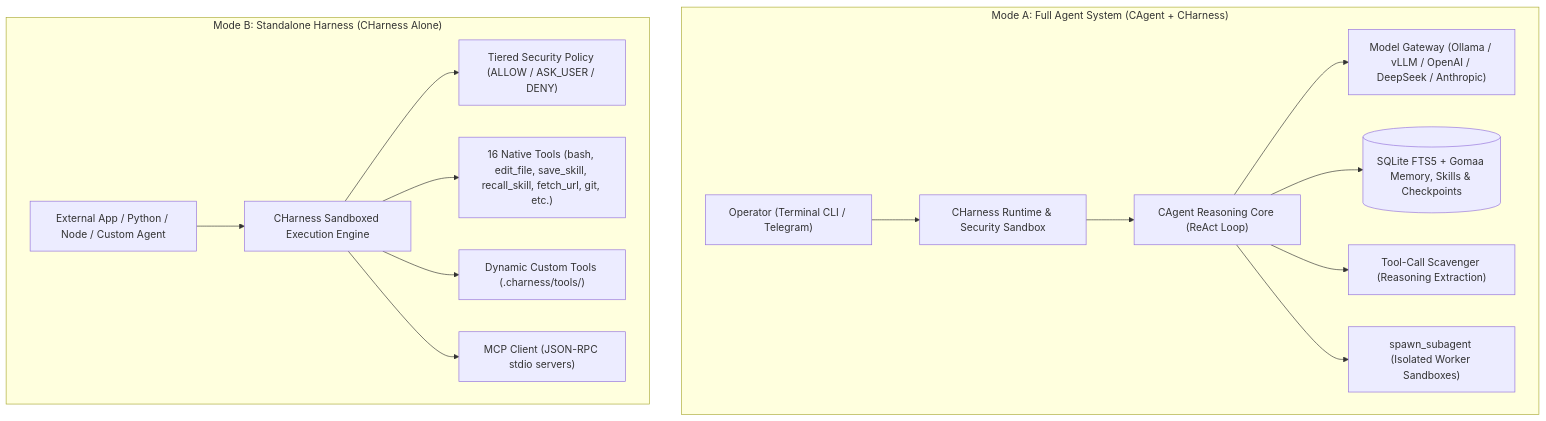
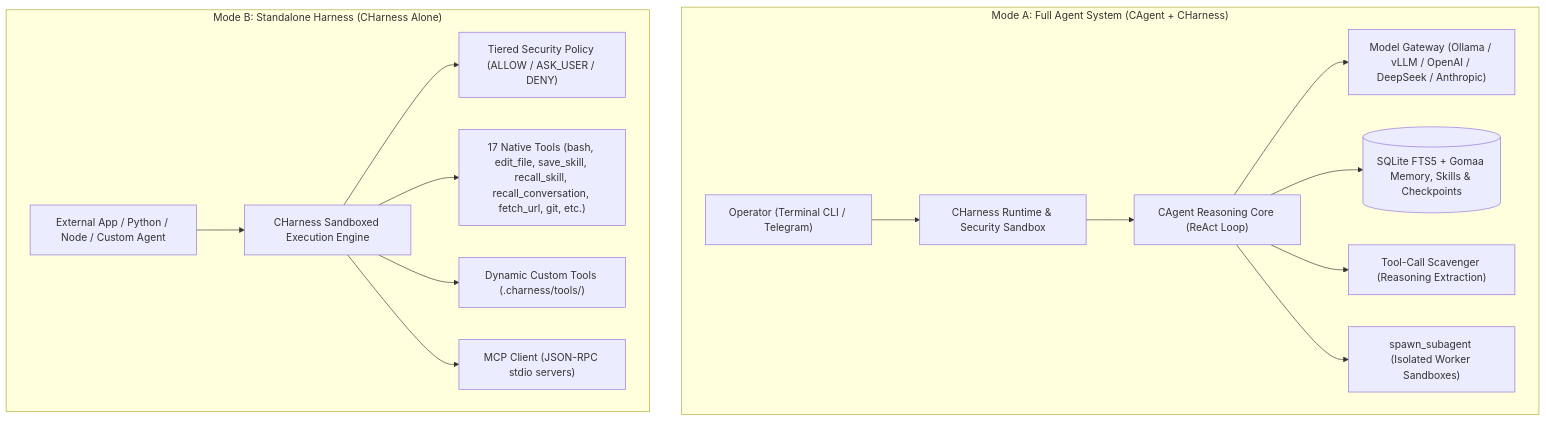
Before and after one commit to M4F-S/Belya: the first of 2 diagrams in README.md, drawn with Mermaid. The commit also changed other lines of this file and 4 other files, not shown here.

Commit message:
feat(evolution-4.1): multi-method REST fetch_url, cross-session conversation search (Tool 17), and 16/16 tests passing

````diff
--- a/README.md
+++ b/README.md
@@ -16,19 +16,19 @@
 ```mermaid
 graph TD
     subgraph "Mode A: Full Agent System (CAgent + CHarness)"
         User["Operator (Terminal CLI / Telegram)"] --> H["CHarness Runtime & Security Sandbox"]
         H --> A["CAgent Reasoning Core (ReAct Loop)"]
         A --> GW["Model Gateway (Ollama / vLLM / OpenAI / DeepSeek / Anthropic)"]
         A --> DB[("SQLite FTS5 + Gomaa Memory, Skills & Checkpoints")]
         A --> SCAV["Tool-Call Scavenger (Reasoning Extraction)"]
         A --> SUB["spawn_subagent (Isolated Worker Sandboxes)"]
     end
 
     subgraph "Mode B: Standalone Harness (CHarness Alone)"
         Ext["External App / Python / Node / Custom Agent"] --> H2["CHarness Sandboxed Execution Engine"]
         H2 --> SEC["Tiered Security Policy (ALLOW / ASK_USER / DENY)"]
-        H2 --> T1["16 Native Tools (bash, edit_file, save_skill, recall_skill, fetch_url, git, etc.)"]
+        H2 --> T1["17 Native Tools (bash, edit_file, save_skill, recall_skill, recall_conversation, fetch_url, git, etc.)"]
         H2 --> T2["Dynamic Custom Tools (.charness/tools/)"]
         H2 --> T3["MCP Client (JSON-RPC stdio servers)"]
     end
 ```
````
